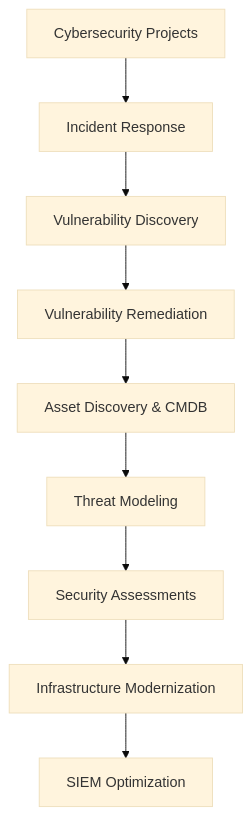
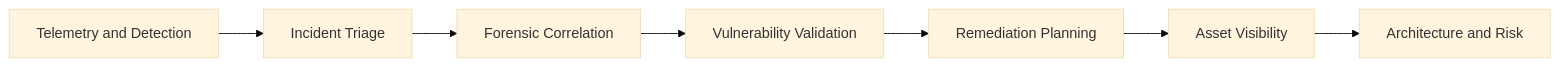
Before and after one commit to EnoMada/EnoMada: the diagram in projects.md, drawn with Mermaid (base theme). The commit also changed other lines of this file, not shown here.

````diff
--- a/projects.md
+++ b/projects.md
@@ -159,12 +27,9 @@
 ```mermaid
-graph TD;
-  A[Cybersecurity Projects] --> B[Incident Response];
-  B --> C[Vulnerability Discovery];
-  C --> D[Vulnerability Remediation];
-  D --> E[Asset Discovery & CMDB];
-  E --> F[Threat Modeling];
-  F --> G[Security Assessments];
-  G --> H[Infrastructure Modernization];
-  H --> I[SIEM Optimization];
-
+flowchart LR
+  A["Telemetry and Detection"] --> B["Incident Triage"]
+  B --> C["Forensic Correlation"]
+  C --> D["Vulnerability Validation"]
+  D --> E["Remediation Planning"]
+  E --> F["Asset Visibility"]
+  F --> G["Architecture and Risk"]
 ```
````
